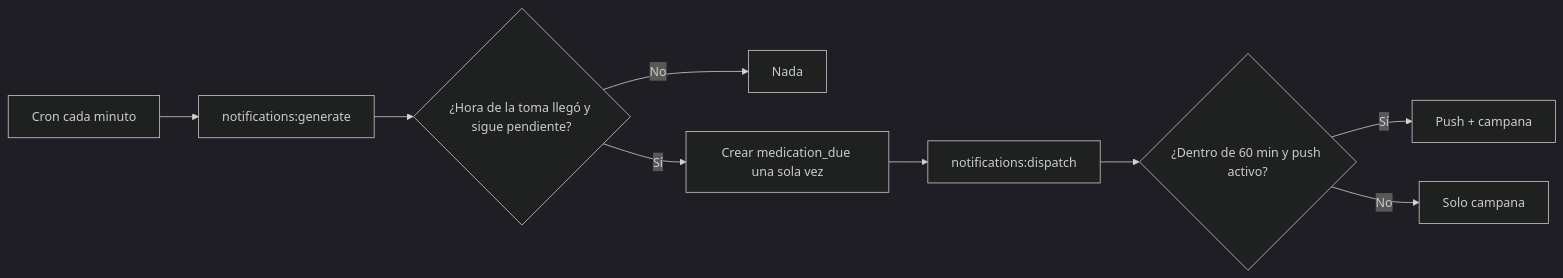
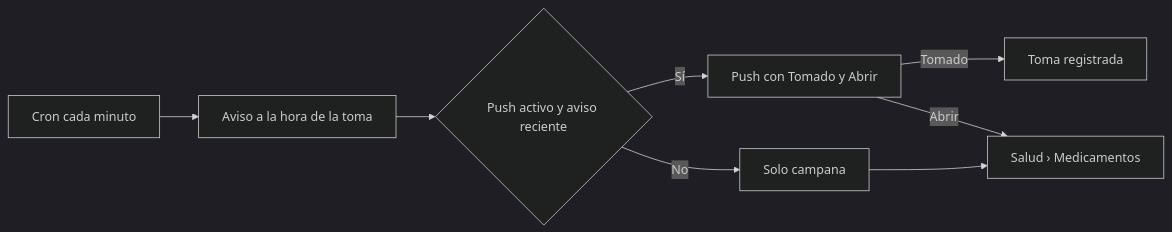
Before and after one commit to edwin-ortizp/miso: the diagram in docs/backlog/to-do/CHG-130-salud-recordatorios-de-medicamentos-con-/CHANGE.md, drawn with Mermaid (dark theme). The commit also changed other lines of this file and 2 other files, not shown here.

First line of the commit message:
docs: UX/UI de CHG-122, CHG-129 y CHG-130 con bocetos, estados y textos

````diff
--- a/docs/backlog/to-do/CHG-130-salud-recordatorios-de-medicamentos-con-/CHANGE.md
+++ b/docs/backlog/to-do/CHG-130-salud-recordatorios-de-medicamentos-con-/CHANGE.md
@@ -43,11 +50,10 @@
 ```mermaid
 flowchart LR
-  A[Cron cada minuto] --> B[notifications:generate]
-  B --> C{¿Hora de la toma llegó y sigue pendiente?}
-  C -->|No| X[Nada]
-  C -->|Sí| D[Crear medication_due una sola vez]
-  D --> E[notifications:dispatch]
-  E --> F{¿Dentro de 60 min y push activo?}
-  F -->|Sí| G[Push + campana]
-  F -->|No| H[Solo campana]
+  A[Cron cada minuto] --> B[Aviso a la hora de la toma]
+  B --> C{Push activo y aviso reciente}
+  C -->|Sí| D[Push con Tomado y Abrir]
+  C -->|No| E[Solo campana]
+  D -->|Tomado| F[Toma registrada]
+  D -->|Abrir| G[Salud › Medicamentos]
+  E --> G
 ```
````
